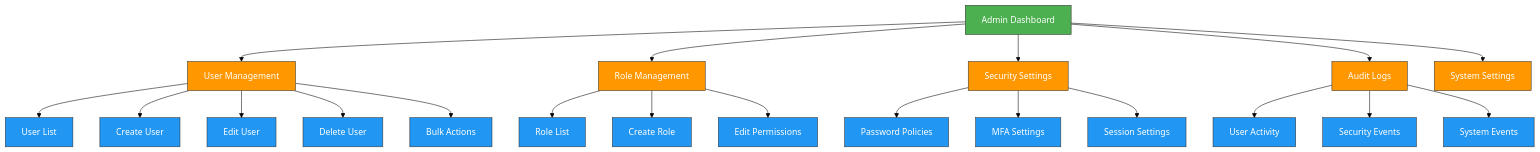
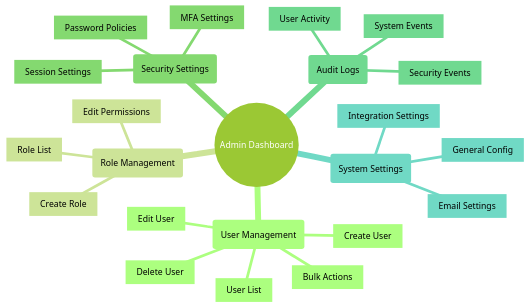
The seventh of 8 diagrams in TuPhung_Docs/docs/backend/user-management.md (TuPhung369/Haaga_Backend_Programming), drawn with Mermaid (forest theme) before and after one commit. The commit also changed other lines of this file and 16 other files, not shown here.

````diff
--- a/TuPhung_Docs/docs/backend/user-management.md
+++ b/TuPhung_Docs/docs/backend/user-management.md
@@ -309,34 +314,26 @@
 ```mermaid
-flowchart TD
-    A[Admin Dashboard] --> B[User Management]
-    A --> C[Role Management]
-    A --> D[Security Settings]
-    A --> E[Audit Logs]
-    A --> F[System Settings]
-    
-    B --> B1[User List]
-    B --> B2[Create User]
-    B --> B3[Edit User]
-    B --> B4[Delete User]
-    B --> B5[Bulk Actions]
-    
-    C --> C1[Role List]
-    C --> C2[Create Role]
-    C --> C3[Edit Permissions]
-    
-    D --> D1[Password Policies]
-    D --> D2[MFA Settings]
-    D --> D3[Session Settings]
-    
-    E --> E1[User Activity]
-    E --> E2[Security Events]
-    E --> E3[System Events]
-    
-    classDef dashboard fill:#4CAF50,stroke:#333,stroke-width:1px,color:#fff
-    classDef mainSections fill:#FF9800,stroke:#333,stroke-width:1px,color:#fff
-    classDef subSections fill:#2196F3,stroke:#333,stroke-width:1px,color:#fff
-    
-    class A dashboard
-    class B,C,D,E,F mainSections
-    class B1,B2,B3,B4,B5,C1,C2,C3,D1,D2,D3,E1,E2,E3 subSections
+mindmap
+  root((Admin Dashboard))
+    (User Management)
+      [User List]
+      [Create User]
+      [Edit User]
+      [Delete User]
+      [Bulk Actions]
+    (Role Management)
+      [Role List]
+      [Create Role]
+      [Edit Permissions]
+    (Security Settings)
+      [Password Policies]
+      [MFA Settings]
+      [Session Settings]
+    (Audit Logs)
+      [User Activity]
+      [Security Events]
+      [System Events]
+    (System Settings)
+      [General Config]
+      [Email Settings]
+      [Integration Settings]
 ```
````
